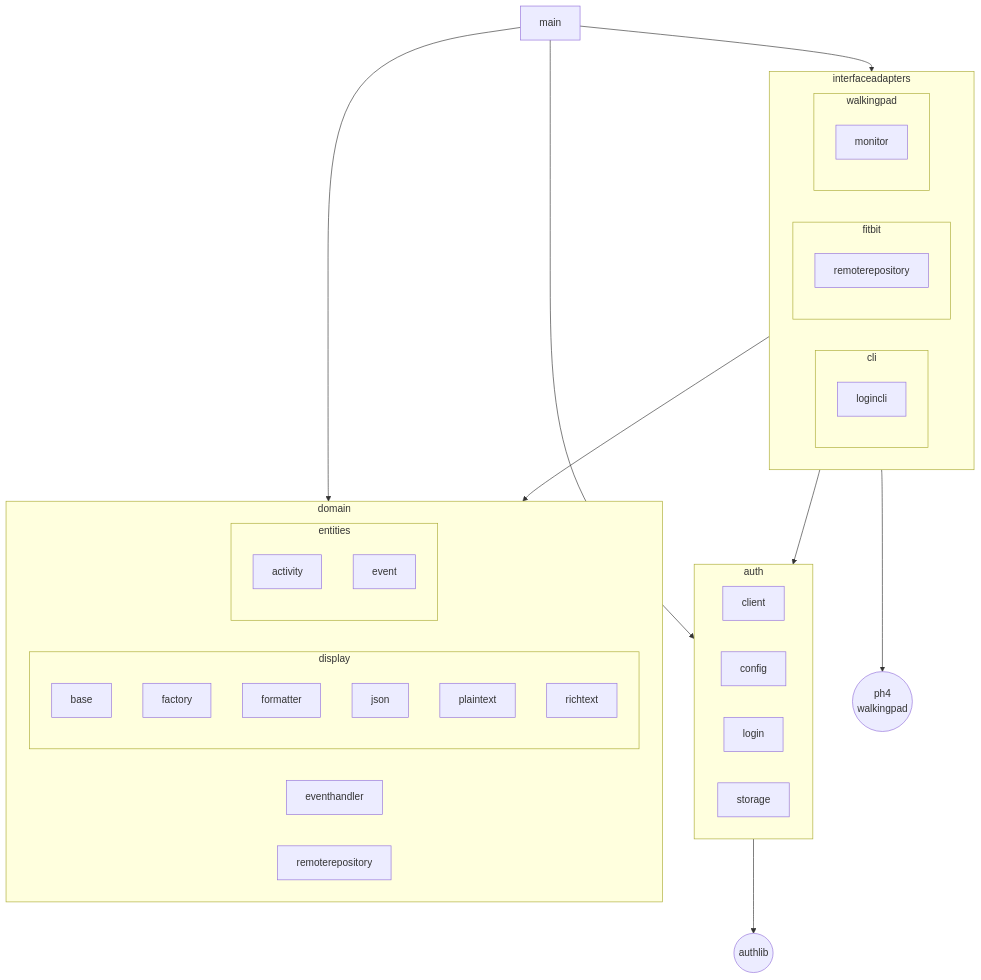
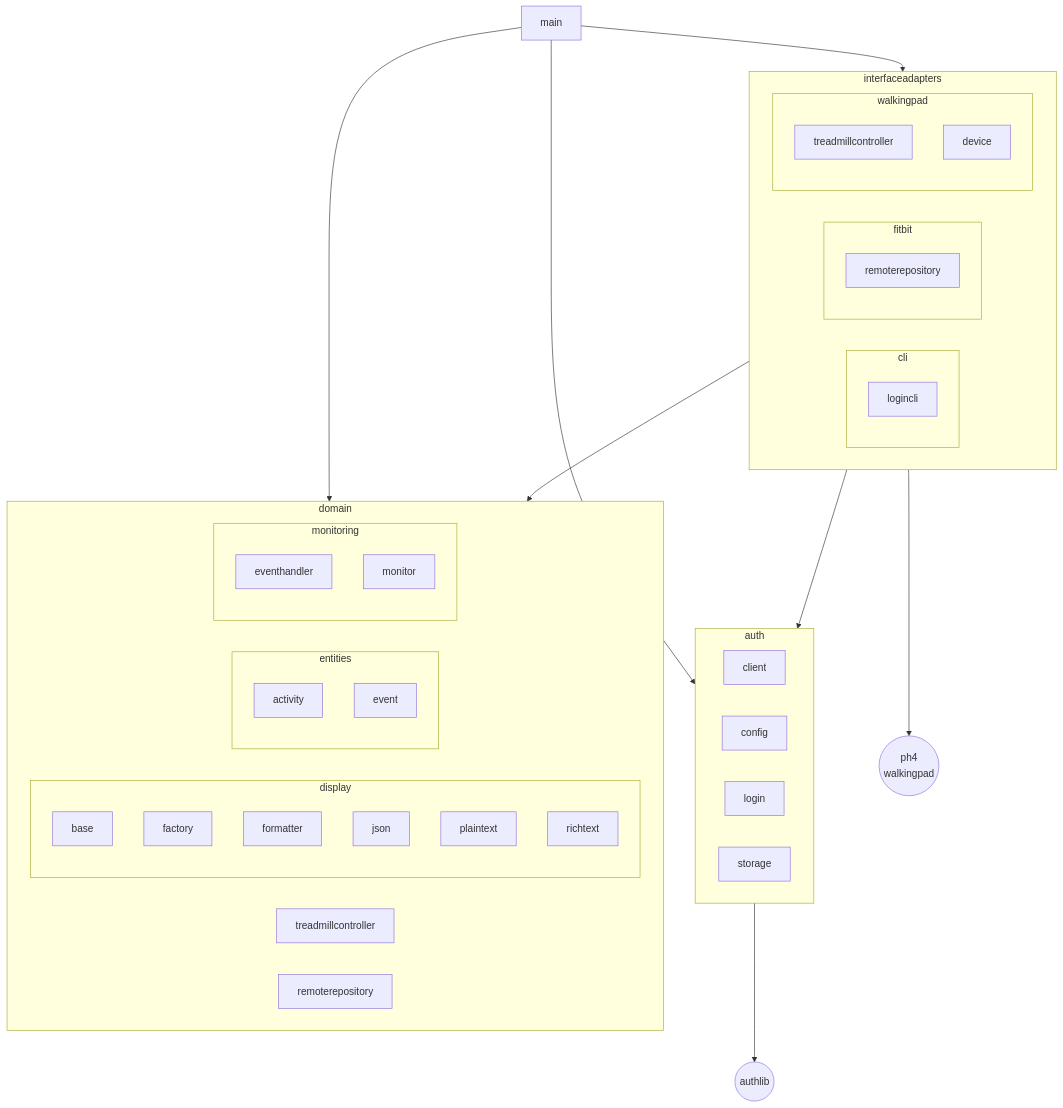
Before and after one commit to caarmen/walkingpad-fitbit: the third of 3 diagrams in docs/architecture.md, drawn with Mermaid. The commit also changed other lines of this file, not shown here.

Commit message:
Update architecture doc.

````diff
--- a/docs/architecture.md
+++ b/docs/architecture.md
@@ -56,49 +57,54 @@
 ```mermaid
 flowchart TD
     main
     subgraph auth
         client
         config
         login
         storage
     end
     subgraph domain
-        eventhandler
+        treadmillcontroller
         remoterepository
         subgraph display
             base
             factory
             formatter
             json
             plaintext
             richtext
         end
         subgraph entities
             activity
             event
         end
+        subgraph monitoring
+            eventhandler
+            monitor
+        end
     end
     subgraph interfaceadapters
         subgraph cli
             logincli
         end
         subgraph fitbit
             fitbitemoterepository["remoterepository"]
         end
         subgraph walkingpad
-            monitor
+            walkingpadtreadmillcontroller["treadmillcontroller"]
+            device
         end
     end
 
     authlib(("authlib"))
     ph4_walkingpad(("ph4<br>walkingpad"))
 
     main --> auth
     main --> domain
     main --> interfaceadapters
 
     interfaceadapters --> domain
     interfaceadapters --> auth
     interfaceadapters --> ph4_walkingpad
     auth --> authlib
 ```
````
